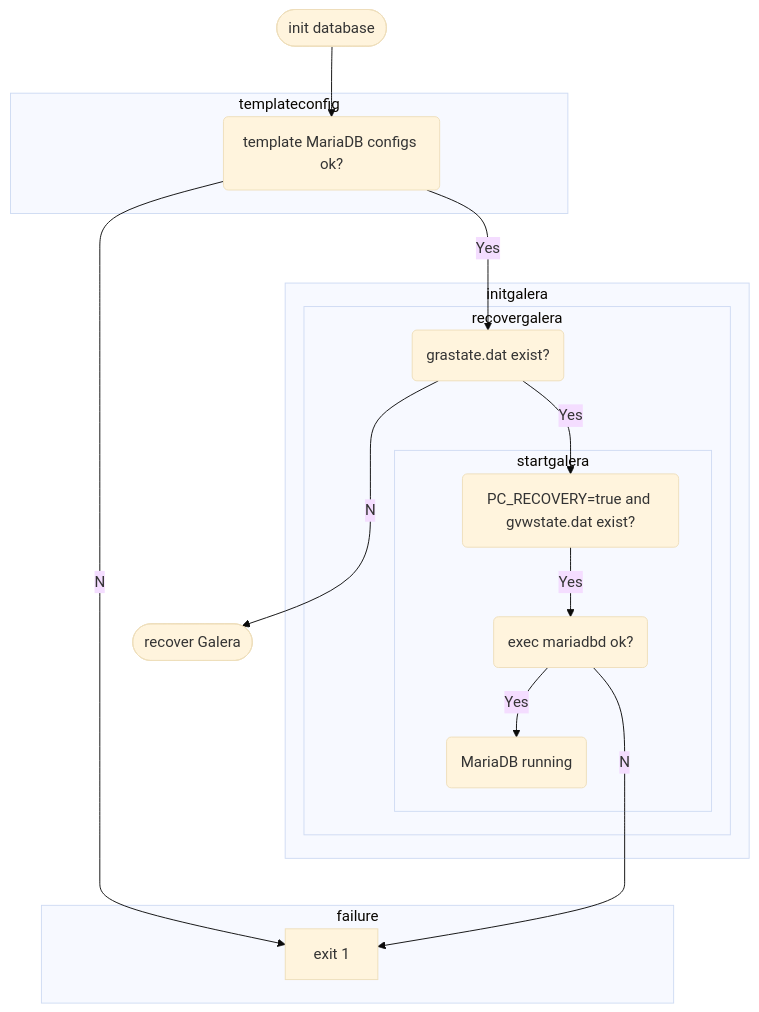
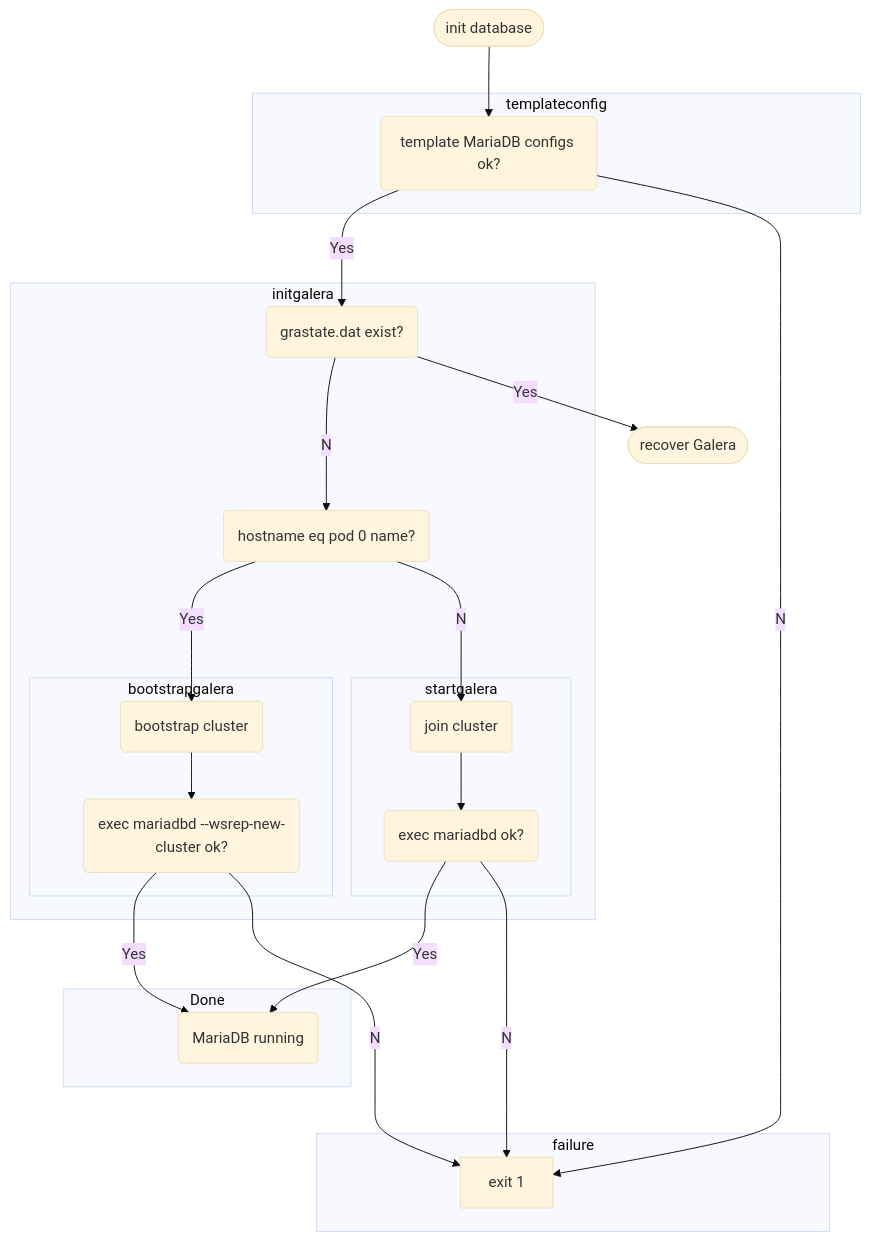
One commit to sapcc/helm-charts changed the third of 5 diagrams in common/mariadb-galera/README.md. Above: the diagram before and after it, drawn with Mermaid (base theme).

Commit message:
init Galera flow chart fixed - first start logic was wrong

````diff
--- a/common/mariadb-galera/README.md
+++ b/common/mariadb-galera/README.md
@@ -104,20 +104,25 @@
 ```mermaid
 flowchart TB;
   id1([init database])-->id2;
   subgraph idsub1 [templateconfig]
     id2(template MariaDB configs ok?);
   end
   subgraph idsub2 [initgalera]
     id2--Yes-->id3(grastate.dat exist?);
-    subgraph idsub3 [recovergalera]
-      id3--Yes-->id4(PC_RECOVERY=true and gvwstate.dat exist?);
-      subgraph idsub4 [startgalera]
-        id4--Yes-->id5(exec mariadbd ok?)--Yes-->id98(MariaDB running);
-      end
+    id3--No-->id4(hostname eq pod 0 name?)--Yes-->id5;
+    id4--No-->id7(join cluster);
+    subgraph idsub3 [bootstrapgalera]
+      id5(bootstrap cluster)-->id6(exec mariadbd --wsrep-new-cluster ok?);
+    end
+    subgraph idsub4 [startgalera]
+      id7-->id8(exec mariadbd ok?);
     end
   end
-  id3--No-->id6([recover Galera]);
+  id3--Yes-->id9([recover Galera]);
+  subgraph idsub5 [Done]
+    id6 & id8--Yes-->id98(MariaDB running);
+  end
   subgraph failure
-    id2 & id5--No-->id666[exit 1];
+    id2 & id6 & id8--No-->id666[exit 1];
   end
 ```
````
